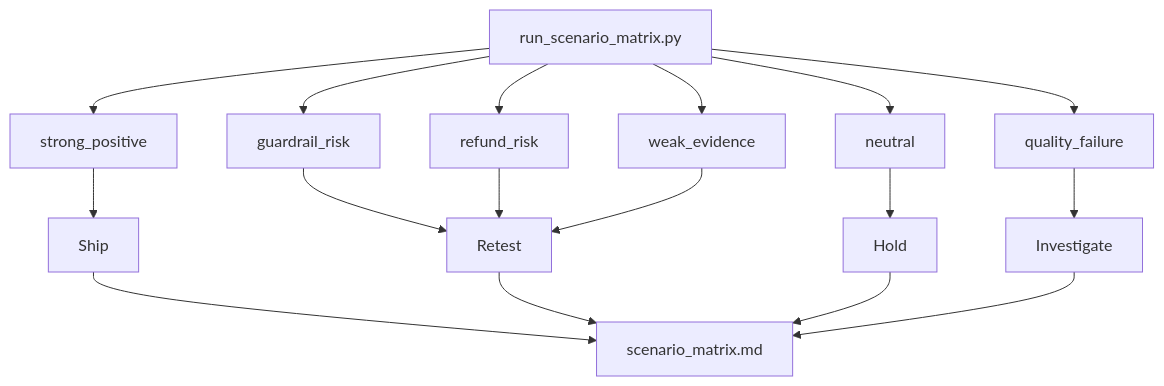
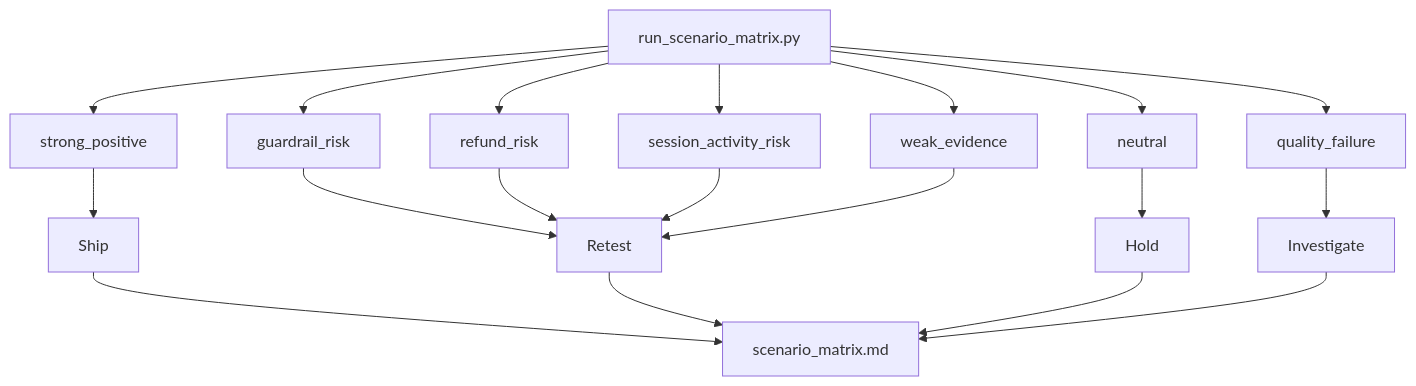
Before and after one commit to dffxonnb-cyber/DecisionOps-lab: the fourth of 5 diagrams in docs/ARCHITECTURE_DIAGRAM.md, drawn with Mermaid. The commit also changed 10 other files, not shown here.

First line of the commit message:
Add session-activity risk scenario

````diff
--- a/docs/ARCHITECTURE_DIAGRAM.md
+++ b/docs/ARCHITECTURE_DIAGRAM.md
@@ -81,21 +81,23 @@
 ```mermaid
 flowchart TD
     A[run_scenario_matrix.py] --> B[strong_positive]
     A --> C[guardrail_risk]
     A --> D[refund_risk]
-    A --> E[weak_evidence]
-    A --> F[neutral]
-    A --> G[quality_failure]
+    A --> E[session_activity_risk]
+    A --> F[weak_evidence]
+    A --> G[neutral]
+    A --> H[quality_failure]
 
-    B --> H[Ship]
-    C --> I[Retest]
-    D --> I
-    E --> I
-    F --> J[Hold]
-    G --> K[Investigate]
+    B --> I[Ship]
+    C --> J[Retest]
+    D --> J
+    E --> J
+    F --> J
+    G --> K[Hold]
+    H --> L[Investigate]
 
-    H --> L[scenario_matrix.md]
-    I --> L
-    J --> L
-    K --> L
+    I --> M[scenario_matrix.md]
+    J --> M
+    K --> M
+    L --> M
 ```
````
